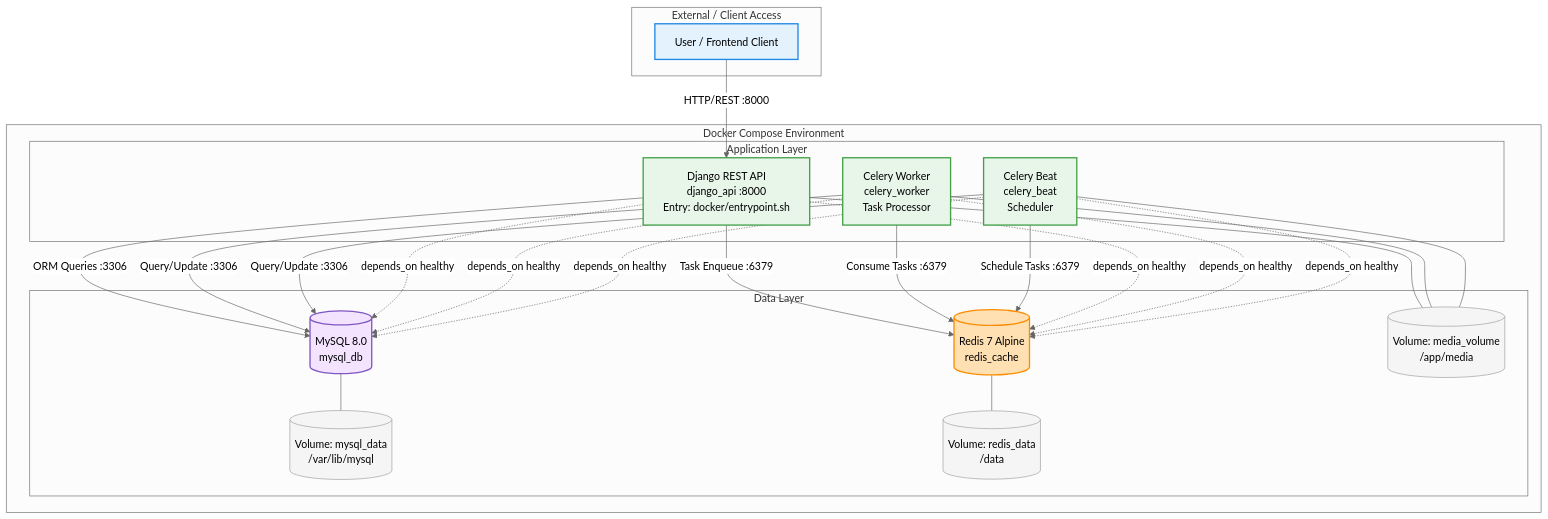
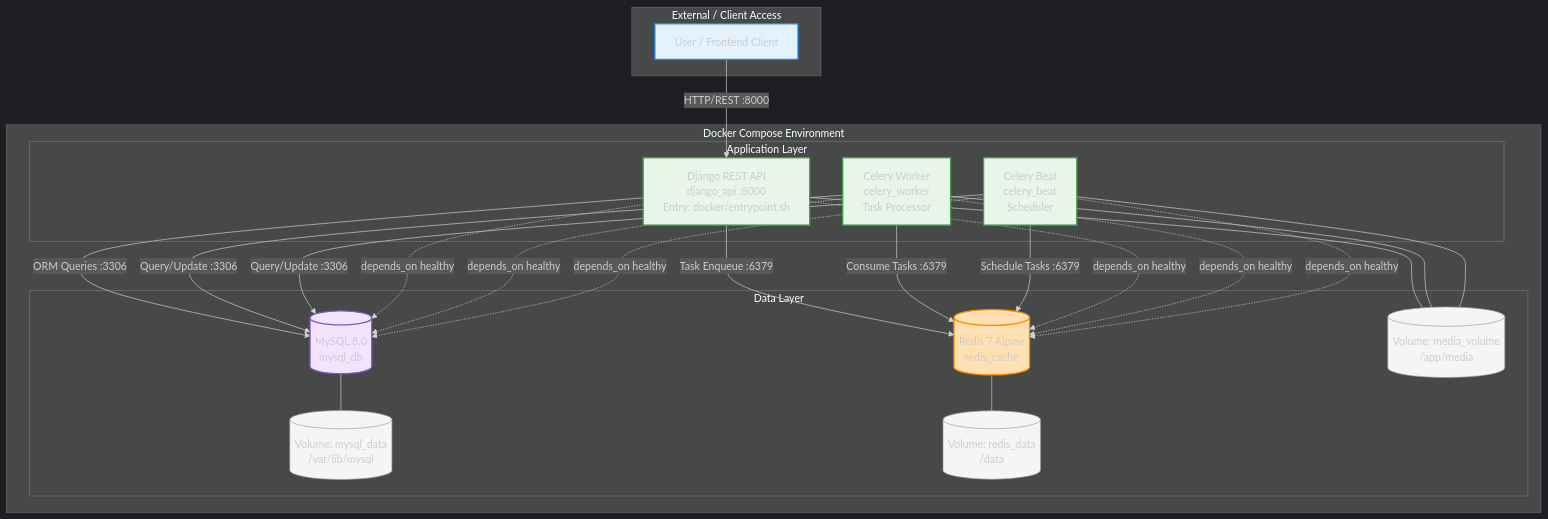
One commit to Ghadeer7S/virtual-mentor changed the first of 2 diagrams in README.md. Above: the diagram before and after it, drawn with Mermaid.

Commit message:
docs: update architecture diagram with dark theme

````diff
--- a/README.md
+++ b/README.md
@@ -80,59 +80,59 @@
 ```mermaid
-%%{init: {'theme': 'neutral'}}%%
+%%{init: {'theme': 'dark'}}%%
 graph TD
   subgraph External["External / Client Access"]
     User["User / Frontend Client"]
   end
 
   subgraph Docker["Docker Compose Environment"]
     subgraph DataLayer["Data Layer"]
       MySQL[(MySQL 8.0\nmysql_db)]
       Redis[(Redis 7 Alpine\nredis_cache)]
       VolMySQL[("Volume: mysql_data\n/var/lib/mysql")]
       VolRedis[("Volume: redis_data\n/data")]
       VolMedia[("Volume: media_volume\n/app/media")]
     end
 
     subgraph AppLayer["Application Layer"]
       API["Django REST API\ndjango_api :8000\nEntry: docker/entrypoint.sh"]
       CeleryWorker["Celery Worker\ncelery_worker\nTask Processor"]
       CeleryBeat["Celery Beat\ncelery_beat\nScheduler"]
     end
   end
 
   User -->|"HTTP/REST :8000"| API
   
   API -->|"ORM Queries :3306"| MySQL
   API -->|"Task Enqueue :6379"| Redis
   API --- VolMedia
   
   CeleryWorker -->|"Query/Update :3306"| MySQL
   CeleryWorker -->|"Consume Tasks :6379"| Redis
   CeleryWorker --- VolMedia
   
   CeleryBeat -->|"Schedule Tasks :6379"| Redis
   CeleryBeat -->|"Query/Update :3306"| MySQL
   CeleryBeat --- VolMedia
   
   MySQL --- VolMySQL
   Redis --- VolRedis
   
   API -.->|"depends_on healthy"| MySQL
   API -.->|"depends_on healthy"| Redis
   CeleryWorker -.->|"depends_on healthy"| MySQL
   CeleryWorker -.->|"depends_on healthy"| Redis
   CeleryBeat -.->|"depends_on healthy"| MySQL
   CeleryBeat -.->|"depends_on healthy"| Redis
 
   classDef db fill:#f4e3ff,stroke:#7e57c2,stroke-width:2px
   classDef cache fill:#ffe0b2,stroke:#fb8c00,stroke-width:2px
   classDef app fill:#e8f5e9,stroke:#43a047,stroke-width:2px
   classDef vol fill:#f5f5f5,stroke:#9e9e9e,stroke-width:1px
   classDef ext fill:#e3f2fd,stroke:#1e88e5,stroke-width:2px
 
   class MySQL db
   class Redis cache
   class API,CeleryWorker,CeleryBeat app
   class VolMySQL,VolRedis,VolMedia vol
   class User ext
 ```
````
